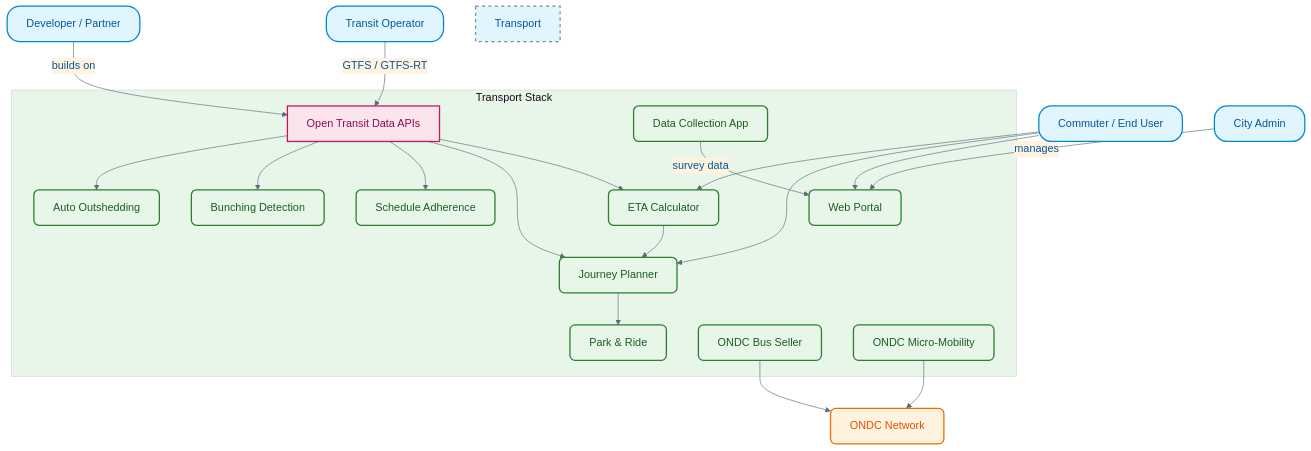
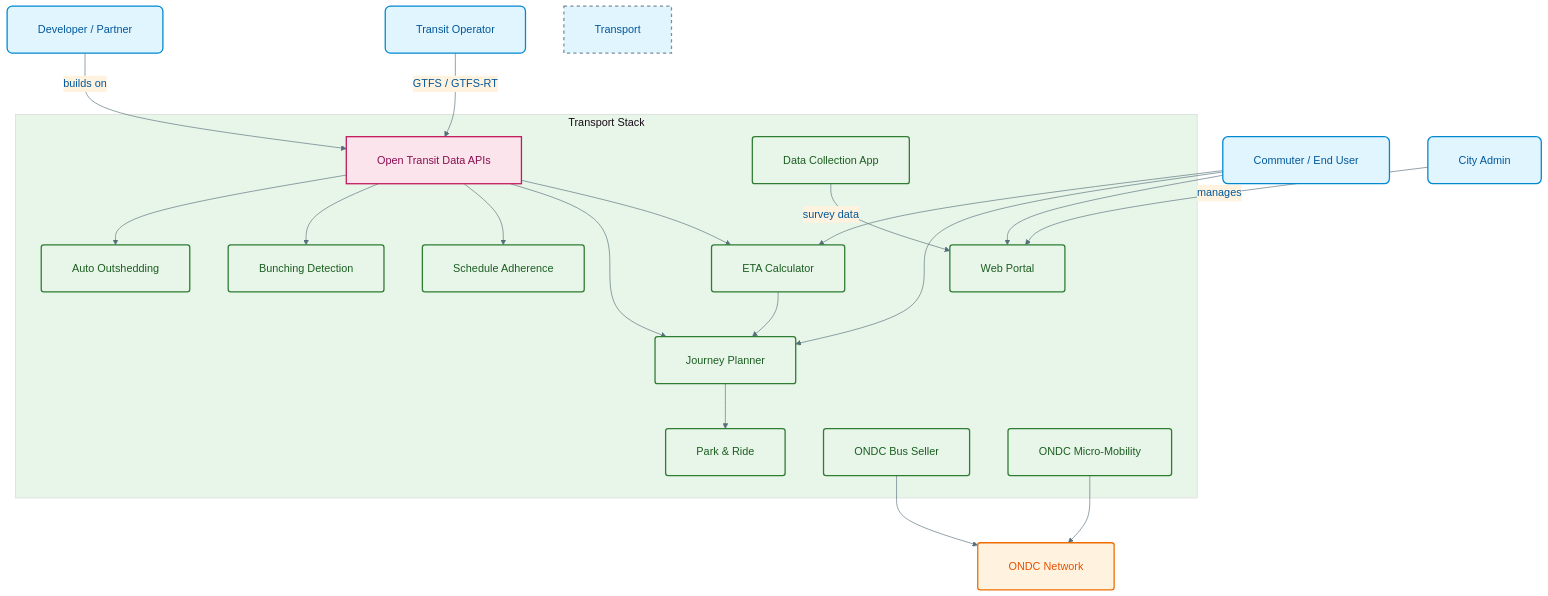
One commit to transport-stack/wiki-transport-stack changed the first of 4 diagrams in docs/architecture/overview.md. Above: the diagram before and after it, drawn with Mermaid. The commit also changed other lines of this file, not shown here.

Commit message:
docs: fix Mermaid text trimming with padding and tighter border radius

````diff
--- a/docs/architecture/overview.md
+++ b/docs/architecture/overview.md
@@ -28,47 +28,47 @@
 ```mermaid
-%%{init: {'theme': 'base', 'themeVariables': { 'primaryColor': '#e1f5fe', 'primaryTextColor': '#01579b', 'primaryBorderColor': '#0288d1', 'lineColor': '#546e7a', 'secondaryColor': '#fff3e0', 'tertiaryColor': '#e8f5e9', 'fontFamily': 'Inter, sans-serif', 'fontSize': '17px' }}}%%
+%%{init: {'theme': 'base', 'themeVariables': { 'primaryColor': '#e1f5fe', 'primaryTextColor': '#01579b', 'primaryBorderColor': '#0288d1', 'lineColor': '#546e7a', 'secondaryColor': '#fff3e0', 'tertiaryColor': '#e8f5e9', 'fontFamily': 'Inter, sans-serif', 'fontSize': '17px' }, 'flowchart': { 'padding': 24, 'nodeSpacing': 60, 'rankSpacing': 70, 'useMaxWidth': true }}}%%
 graph TB
-    classDef actor fill:#e1f5fe,stroke:#0288d1,stroke-width:2px,color:#01579b,rx:20px,ry:20px
-    classDef module fill:#e8f5e9,stroke:#2e7d32,stroke-width:2px,color:#1b5e20,rx:8px,ry:8px
-    classDef external fill:#fff3e0,stroke:#ef6c00,stroke-width:2px,color:#e65100,rx:8px,ry:8px
+    classDef actor fill:#e1f5fe,stroke:#0288d1,stroke-width:2px,color:#01579b,rx:8px,ry:8px
+    classDef module fill:#e8f5e9,stroke:#2e7d32,stroke-width:2px,color:#1b5e20,rx:4px,ry:4px
+    classDef external fill:#fff3e0,stroke:#ef6c00,stroke-width:2px,color:#e65100,rx:4px,ry:4px
     classDef data fill:#fce4ec,stroke:#c2185b,stroke-width:2px,color:#880e4f,shape:cylinder
 
     C["Commuter / End User"]:::actor
     PTO["Transit Operator"]:::actor
     ADMIN["City Admin"]:::actor
     DEV["Developer / Partner"]:::actor
 
     subgraph "Transport Stack"
         style Transport Stack fill:#f8f9fa,stroke:#78909c,stroke-width:2px,stroke-dasharray: 5 5
         OTD["Open Transit Data APIs"]:::data
         ETA["ETA Calculator"]:::module
         JP["Journey Planner"]:::module
         SA["Schedule Adherence"]:::module
         BUN["Bunching Detection"]:::module
         AOS["Auto Outshedding"]:::module
         PR["Park & Ride"]:::module
         ONDC_S["ONDC Bus Seller"]:::module
         ONDC_M["ONDC Micro-Mobility"]:::module
         PORTAL["Web Portal"]:::module
         COLLECT["Data Collection App"]:::module
     end
 
     ONDC_NET["ONDC Network"]:::external
 
     PTO --"GTFS / GTFS-RT"--> OTD
     OTD --> ETA
     OTD --> JP
     OTD --> SA
     OTD --> BUN
     OTD --> AOS
     ETA --> JP
     JP --> PR
     C --> PORTAL
     C --> JP
     C --> ETA
     DEV --"builds on"--> OTD
     ADMIN --"manages"--> PORTAL
     COLLECT --"survey data"--> PORTAL
     ONDC_S --> ONDC_NET
     ONDC_M --> ONDC_NET
 ```
````
